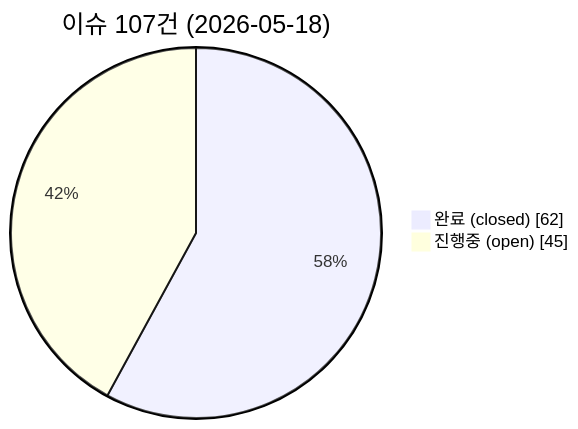
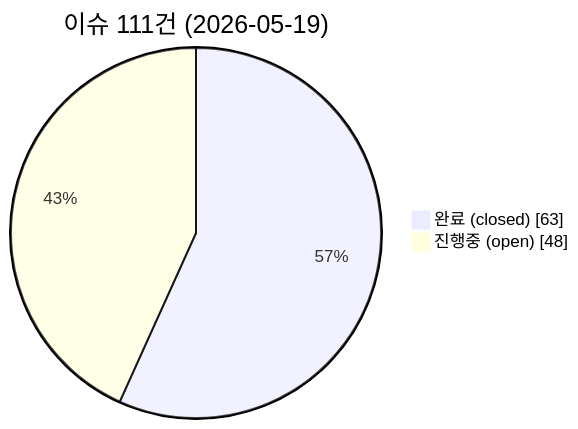
Before and after one commit to holee9/MD-process: the first of 4 diagrams in README.md, drawn with Mermaid. The commit also changed other lines of this file, not shown here.

````diff
--- a/README.md
+++ b/README.md
@@ -89,6 +89,6 @@
 ```mermaid
 pie showData
-    title 이슈 107건 (2026-05-18)
-    "완료 (closed)" : 62
-    "진행중 (open)" : 45
+    title 이슈 111건 (2026-05-19)
+    "완료 (closed)" : 63
+    "진행중 (open)" : 48
 ```
````
